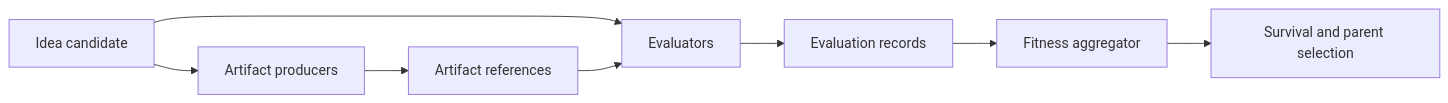
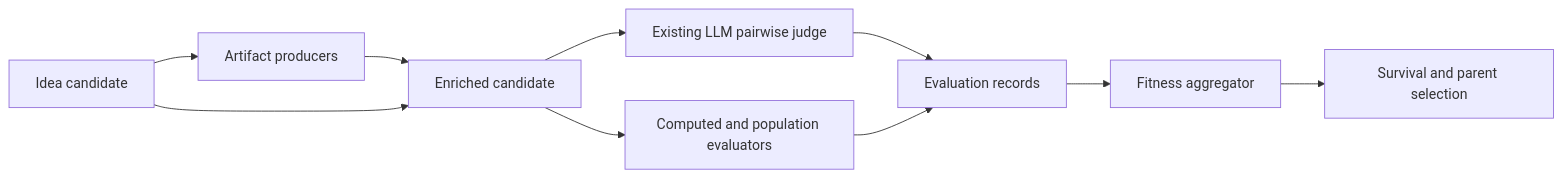
Before and after one commit to rbrthogan/idea: the diagram in docs/PluggableEvaluators.md, drawn with Mermaid. The commit also changed other lines of this file and 54 other files, not shown here.

Commit message:
Build pluggable artifact evaluation and harden persistence

````diff
--- a/docs/PluggableEvaluators.md
+++ b/docs/PluggableEvaluators.md
@@ -27,10 +28,12 @@
 ```mermaid
 flowchart LR
     I["Idea candidate"] --> P["Artifact producers"]
-    P --> A["Artifact references"]
-    I --> E["Evaluators"]
-    A --> E
-    E --> R["Evaluation records"]
+    P --> C["Enriched candidate"]
+    I --> C
+    C --> J["Existing LLM pairwise judge"]
+    C --> E["Computed and population evaluators"]
+    J --> R["Evaluation records"]
+    E --> R
     R --> F["Fitness aggregator"]
     F --> S["Survival and parent selection"]
 ```
````
